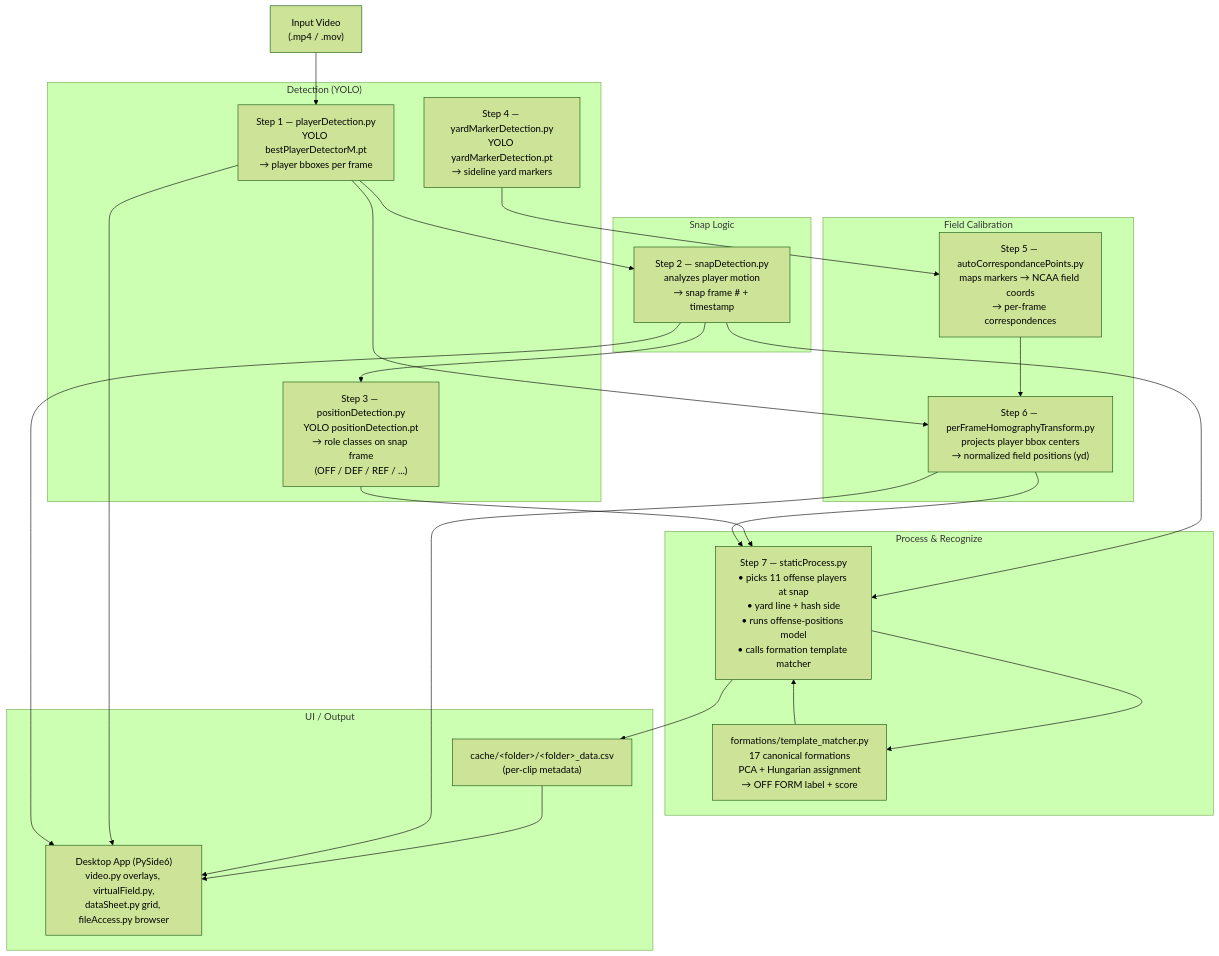
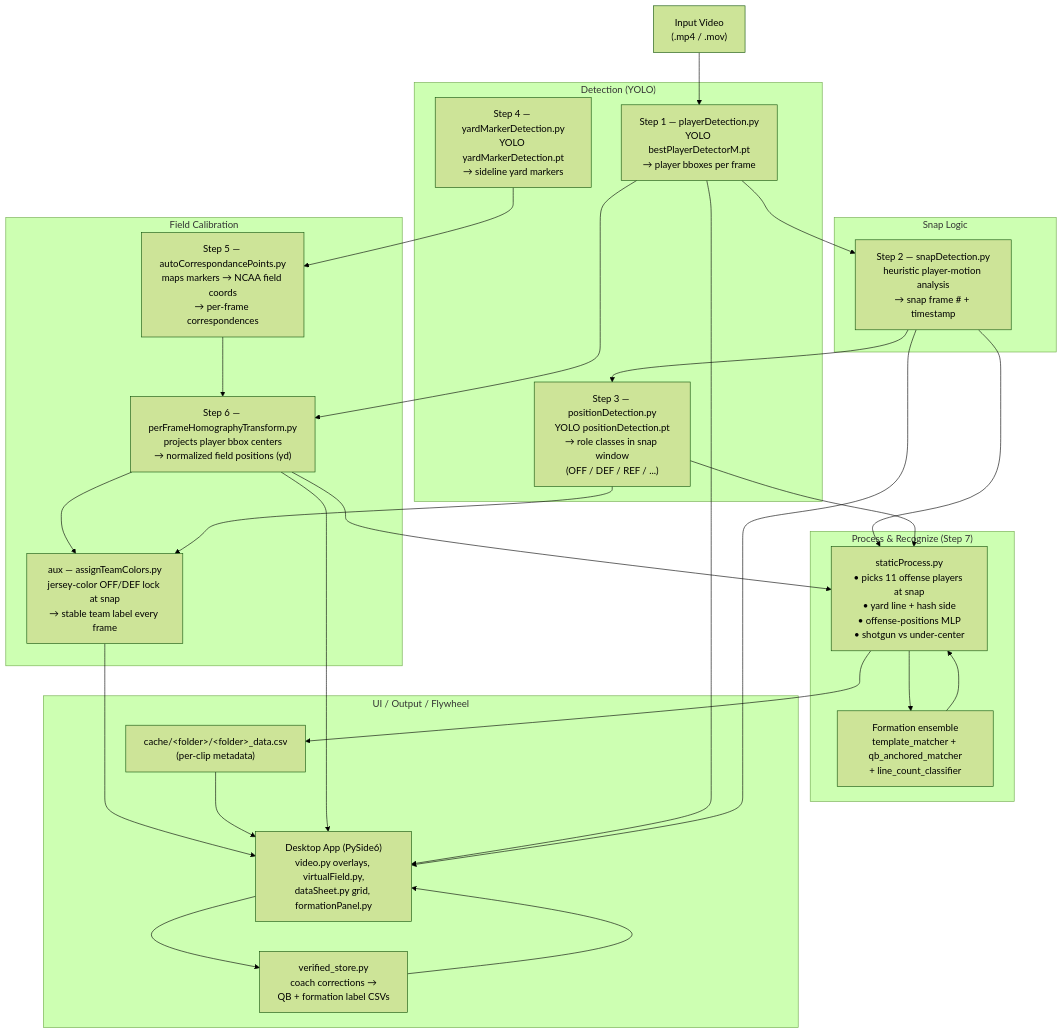
The diagram in SOFTWARE_ARCHITECT.md (mateoriv/Summer26-Ai-Football-Field-Session), drawn with Mermaid (forest theme) before and after one commit. The commit also changed other lines of this file, not shown here.

First line of the commit message:
Update SOFTWARE_ARCHITECT.md to match current solution

````diff
--- a/SOFTWARE_ARCHITECT.md
+++ b/SOFTWARE_ARCHITECT.md
@@ -17,45 +20,52 @@
 ```mermaid
 flowchart TD
     A["Input Video<br/>(.mp4 / .mov)"] --> B
 
     subgraph Detection["Detection (YOLO)"]
         B["Step 1 — playerDetection.py<br/>YOLO bestPlayerDetectorM.pt<br/>→ player bboxes per frame"]
-        D["Step 3 — positionDetection.py<br/>YOLO positionDetection.pt<br/>→ role classes on snap frame<br/>(OFF / DEF / REF / ...)"]
+        D["Step 3 — positionDetection.py<br/>YOLO positionDetection.pt<br/>→ role classes in snap window<br/>(OFF / DEF / REF / ...)"]
         E["Step 4 — yardMarkerDetection.py<br/>YOLO yardMarkerDetection.pt<br/>→ sideline yard markers"]
     end
 
     subgraph Snap["Snap Logic"]
-        C["Step 2 — snapDetection.py<br/>analyzes player motion<br/>→ snap frame # + timestamp"]
+        C["Step 2 — snapDetection.py<br/>heuristic player-motion analysis<br/>→ snap frame # + timestamp"]
     end
 
     subgraph Field["Field Calibration"]
         F["Step 5 — autoCorrespondancePoints.py<br/>maps markers → NCAA field coords<br/>→ per-frame correspondences"]
         G["Step 6 — perFrameHomographyTransform.py<br/>projects player bbox centers<br/>→ normalized field positions (yd)"]
+        T["aux — assignTeamColors.py<br/>jersey-color OFF/DEF lock at snap<br/>→ stable team label every frame"]
     end
 
-    subgraph Process["Process & Recognize"]
-        H["Step 7 — staticProcess.py<br/>• picks 11 offense players at snap<br/>• yard line + hash side<br/>• runs offense-positions model<br/>• calls formation template matcher"]
-        I["formations/template_matcher.py<br/>17 canonical formations<br/>PCA + Hungarian assignment<br/>→ OFF FORM label + score"]
+    subgraph Process["Process & Recognize (Step 7)"]
+        H["staticProcess.py<br/>• picks 11 offense players at snap<br/>• yard line + hash side<br/>• offense-positions MLP<br/>• shotgun vs under-center"]
+        I["Formation ensemble<br/>template_matcher + qb_anchored_matcher<br/>+ line_count_classifier"]
     end
 
-    subgraph Output["UI / Output"]
+    subgraph Output["UI / Output / Flywheel"]
         J["cache/&lt;folder&gt;/&lt;folder&gt;_data.csv<br/>(per-clip metadata)"]
-        K["Desktop App (PySide6)<br/>video.py overlays, virtualField.py,<br/>dataSheet.py grid, fileAccess.py browser"]
+        K["Desktop App (PySide6)<br/>video.py overlays, virtualField.py,<br/>dataSheet.py grid, formationPanel.py"]
+        V["verified_store.py<br/>coach corrections →<br/>QB + formation label CSVs"]
     end
 
     B --> C
     B --> G
     C --> D
     C --> H
     D --> H
     E --> F
     F --> G
     G --> H
+    G --> T
+    D --> T
+    T --> K
     H --> I
     I --> H
     H --> J
     J --> K
     G --> K
     B --> K
     C --> K
+    K --> V
+    V --> K
 ```
````
